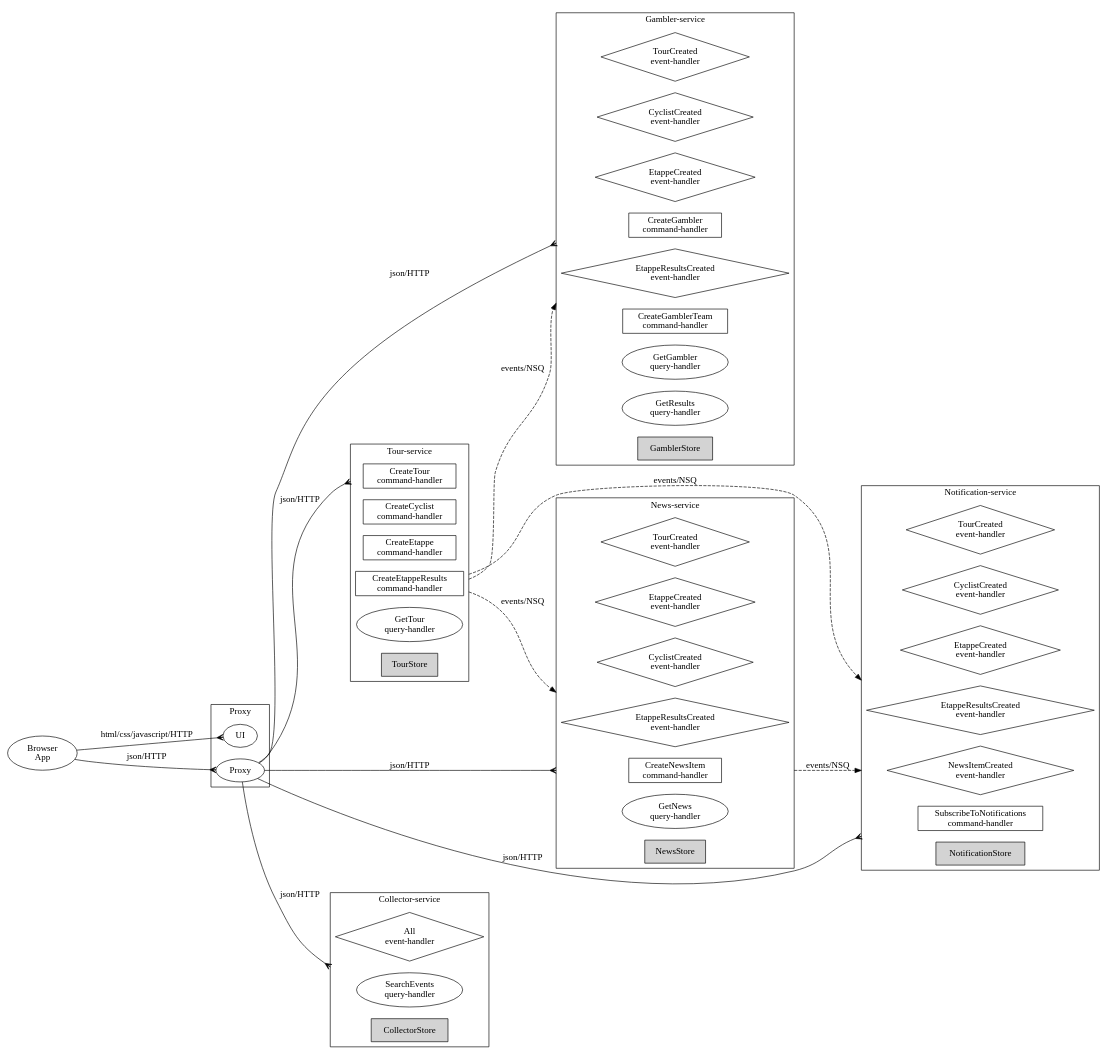
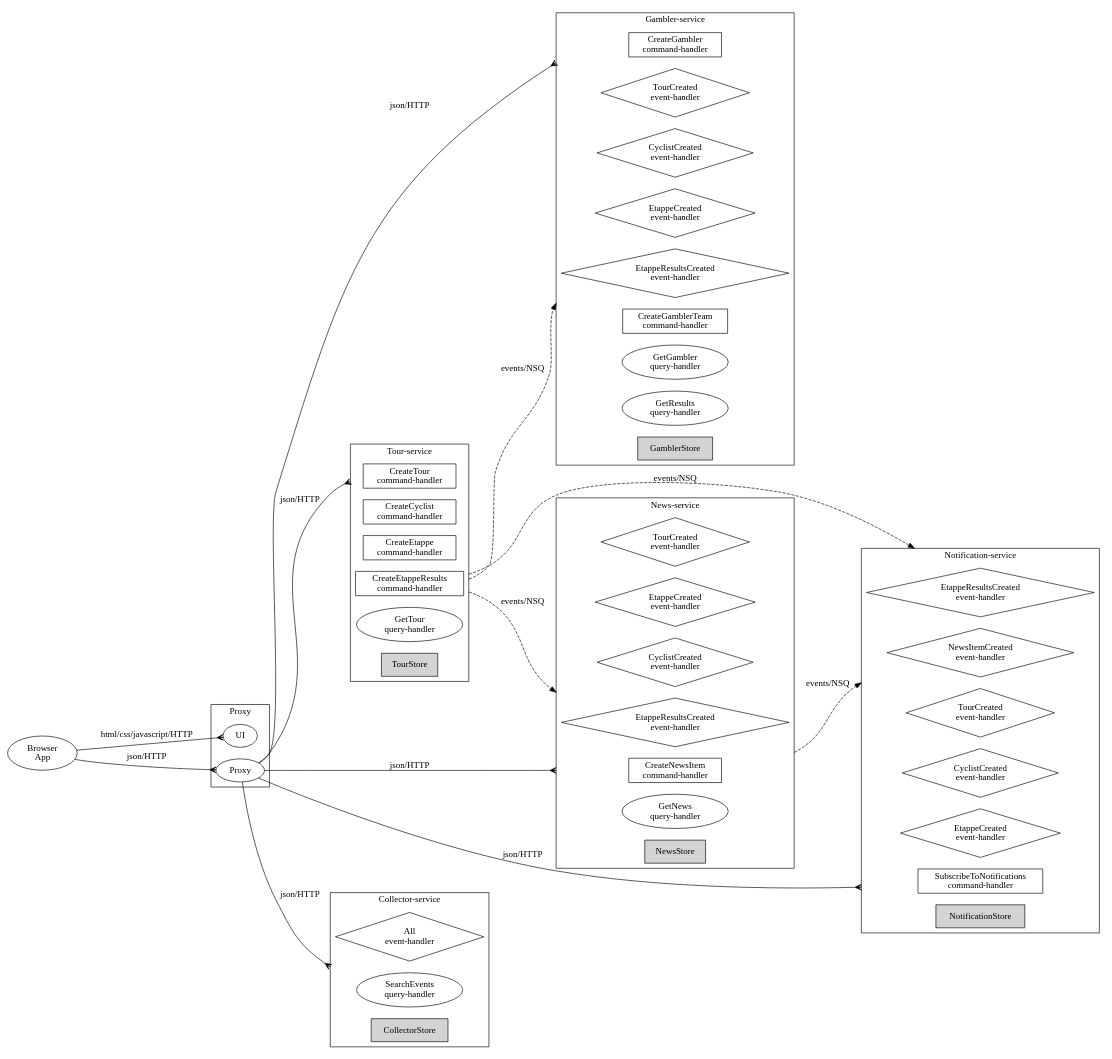
One commit to MarcGrol/microgen changed the diagram in tourApp/doc/graphviz.dot. Above: the diagram before and after it, drawn with Graphviz. The commit also changed other lines of this file and 12 other files, not shown here.

```diff
--- a/tourApp/doc/graphviz.dot
+++ b/tourApp/doc/graphviz.dot
@@ -50,13 +50,13 @@
 
 		// events
 		 
+			"GamblerEtappeResultsCreated" [label="EtappeResultsCreated\nevent-handler", shape=diamond];
+		 
 			"GamblerTourCreated" [label="TourCreated\nevent-handler", shape=diamond];
 		 
 			"GamblerCyclistCreated" [label="CyclistCreated\nevent-handler", shape=diamond];
 		 
 			"GamblerEtappeCreated" [label="EtappeCreated\nevent-handler", shape=diamond];
-		 
-			"GamblerEtappeResultsCreated" [label="EtappeResultsCreated\nevent-handler", shape=diamond];
 		
 		// commands
 		
@@ -114,15 +114,15 @@
 
 		// events
 		 
+			"NotificationEtappeResultsCreated" [label="EtappeResultsCreated\nevent-handler", shape=diamond];
+		 
+			"NotificationNewsItemCreated" [label="NewsItemCreated\nevent-handler", shape=diamond];
+		 
 			"NotificationTourCreated" [label="TourCreated\nevent-handler", shape=diamond];
 		 
 			"NotificationCyclistCreated" [label="CyclistCreated\nevent-handler", shape=diamond];
 		 
 			"NotificationEtappeCreated" [label="EtappeCreated\nevent-handler", shape=diamond];
-		 
-			"NotificationEtappeResultsCreated" [label="EtappeResultsCreated\nevent-handler", shape=diamond];
-		 
-			"NotificationNewsItemCreated" [label="NewsItemCreated\nevent-handler", shape=diamond];
 		
 		// commands
 		
```
